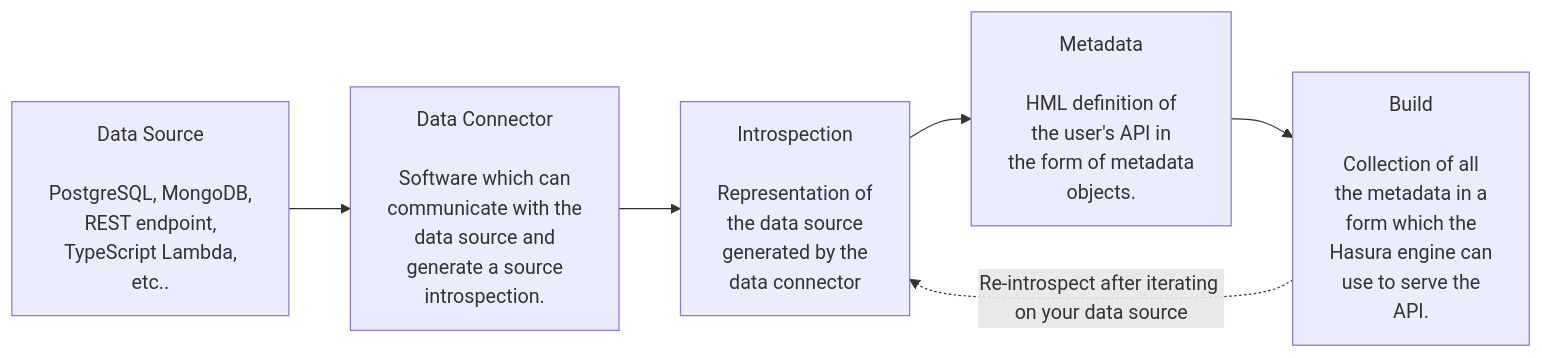
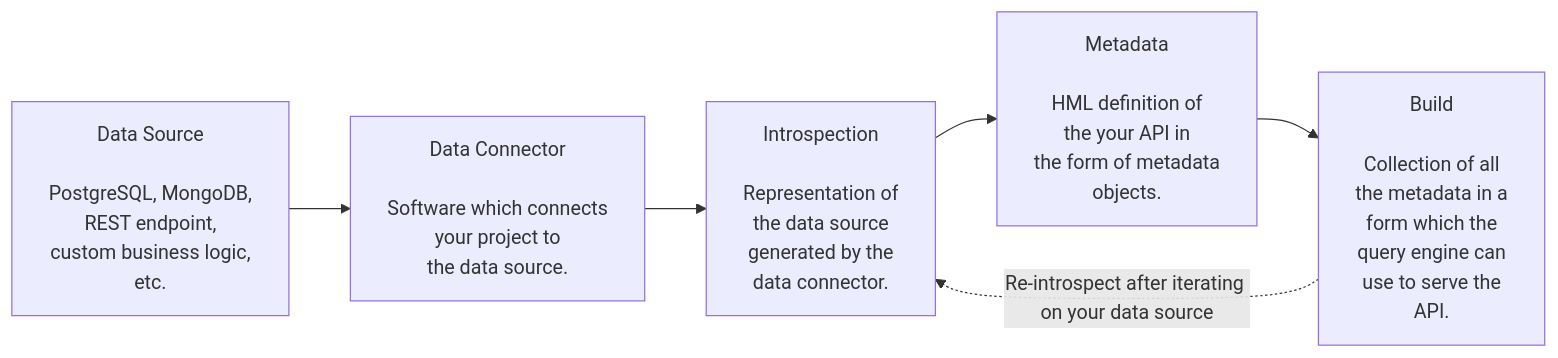
One commit to hasura/promptql-docs changed the diagram in docs/metadata/index.mdx. Above: the diagram before and after it, drawn with Mermaid. The commit also changed other lines of this file and 4 other files, not shown here.

````diff
--- a/docs/metadata/index.mdx
+++ b/docs/metadata/index.mdx
@@ -29,12 +30,12 @@
 ```mermaid
 flowchart LR
-    DataSource["Data Source<br/><br/>PostgreSQL, MongoDB,<br/>REST endpoint,<br/>TypeScript Lambda,<br/>etc.."] --> DataConnector["Data Connector<br/><br/>Software which can<br/>communicate with the<br/>data source and<br/>generate a source<br/>introspection."]
+    DataSource["Data Source<br/><br/>PostgreSQL, MongoDB,<br/>REST endpoint,<br/>custom business logic,<br/>etc."] --> DataConnector["Data Connector<br/><br/>Software which connects<br/>your project to<br/>the data source."]
 
-    DataConnector --> Introspection["Introspection<br/><br/>Representation of<br/>the data source<br/>generated by the<br/>data connector"]
+    DataConnector --> Introspection["Introspection<br/><br/>Representation of<br/>the data source<br/>generated by the<br/>data connector."]
 
-    Introspection --> Metadata["Metadata<br/><br/>HML definition of<br/>the user's API in<br/>the form of metadata<br/>objects."]
+    Introspection --> Metadata["Metadata<br/><br/>HML definition of<br/>the your API in<br/>the form of metadata<br/>objects."]
 
-    Metadata --> Build["Build<br/><br/>Collection of all<br/>the metadata in a<br/>form which the<br/>Hasura engine can<br/>use to serve the<br/>API."]
+    Metadata --> Build["Build<br/><br/>Collection of all<br/>the metadata in a<br/>form which the<br/>query engine can<br/>use to serve the<br/>API."]
 
     Build -.->|"Re-introspect after iterating on your data source"| Introspection
 ```
````
